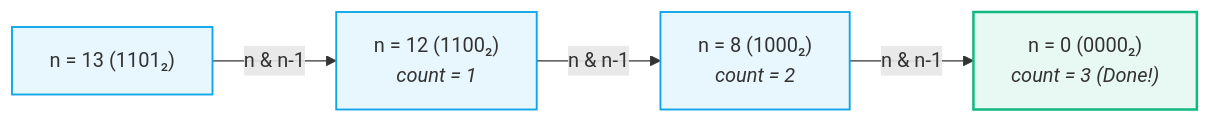
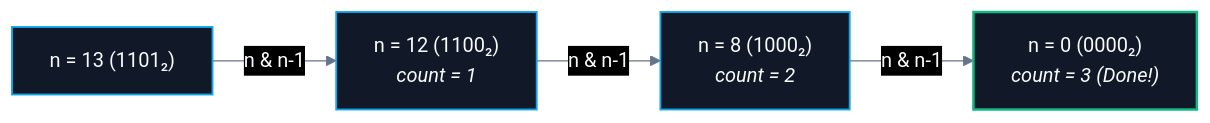
The second of 2 diagrams in CS/DSA/04. Bit Manipulation/02. Bit Tricks.md (abhinavbharti2345/CS_Notes), drawn with Mermaid before and after one commit. The commit also changed other lines of this file and 195 other files, not shown here.

````diff
--- a/CS/DSA/04. Bit Manipulation/02. Bit Tricks.md
+++ b/CS/DSA/04. Bit Manipulation/02. Bit Tricks.md
@@ -244,11 +245,12 @@
 ```mermaid
+%%{init: {'theme': 'base', 'themeVariables': { 'darkMode': true, 'background': '#0B0F14', 'mainBkg': '#111827', 'primaryColor': '#111827', 'primaryTextColor': '#F8FAFC', 'primaryBorderColor': '#38BDF8', 'lineColor': '#64748B', 'secondaryColor': '#0B0F14', 'tertiaryColor': '#0B0F14', 'clusterBkg': '#0B0F14', 'clusterBorder': '#38BDF8' }}}%%
 flowchart LR
     A["n = 13 (1101₂)"] -->|n & n-1| B["n = 12 (1100₂)<br/><i>count = 1</i>"]
     B -->|n & n-1| C["n = 8 (1000₂)<br/><i>count = 2</i>"]
     C -->|n & n-1| D["n = 0 (0000₂)<br/><i>count = 3 (Done!)</i>"]
 
-    classDef step fill:#0ea5e918,stroke:#0ea5e9,stroke-width:1.5px;
-    classDef done fill:#10b98118,stroke:#10b981,stroke-width:2px;
+    classDef step fill:#111827,stroke:#0ea5e9,stroke-width:1.5px,color:#F8FAFC;
+    classDef done fill:#111827,stroke:#10b981,stroke-width:2px,color:#F8FAFC;
     class A,B,C step;
     class D done;
 ```
````
